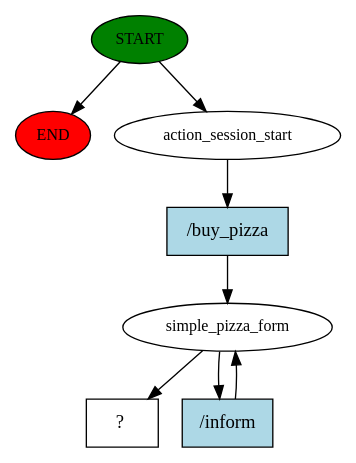
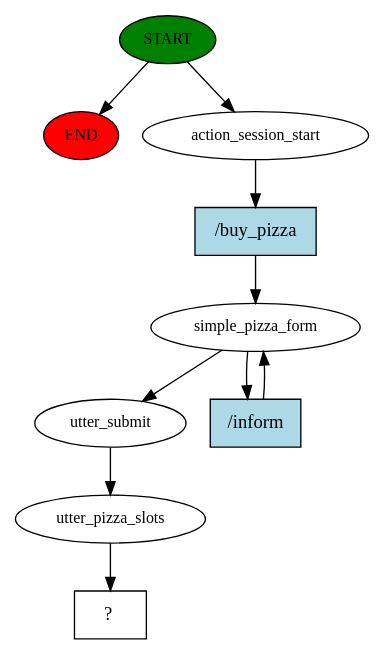
The diagram in story_graph.dot (pawel22222/project-test), drawn with Graphviz before and after one commit. The commit also changed 2 other files, not shown here.

Commit message:
fix: form pizza - uncommented action_endpoint in endpoints.yml update: .gitignore

```diff
--- a/story_graph.dot
+++ b/story_graph.dot
@@ -1,16 +1,20 @@
 digraph  {
 0 [class="start active", fillcolor=green, fontsize=12, label=START, style=filled];
 "-1" [class=end, fillcolor=red, fontsize=12, label=END, style=filled];
 1 [class=active, fontsize=12, label=action_session_start];
 2 [class=active, fontsize=12, label=simple_pizza_form];
-6 [class="intent dashed active", label="  ?  ", shape=rect];
-7 [class="intent active", fillcolor=lightblue, label="/buy_pizza", shape=rect, style=filled];
-8 [class="intent active", fillcolor=lightblue, label="/inform", shape=rect, style=filled];
+5 [class=active, fontsize=12, label=utter_submit];
+6 [class=active, fontsize=12, label=utter_pizza_slots];
+7 [class="intent dashed active", label="  ?  ", shape=rect];
+8 [class="intent active", fillcolor=lightblue, label="/buy_pizza", shape=rect, style=filled];
+9 [class="intent active", fillcolor=lightblue, label="/inform", shape=rect, style=filled];
 0 -> "-1"  [class="", key=NONE, label=""];
 0 -> 1  [class=active, key=NONE, label=""];
-1 -> 7  [class=active, key=0];
-2 -> 6  [class=active, key=NONE, label=""];
-2 -> 8  [class=active, key=0];
-7 -> 2  [class=active, key=0];
+1 -> 8  [class=active, key=0];
+2 -> 5  [class=active, key=NONE, label=""];
+2 -> 9  [class=active, key=0];
+5 -> 6  [class=active, key=NONE, label=""];
+6 -> 7  [class=active, key=NONE, label=""];
 8 -> 2  [class=active, key=0];
+9 -> 2  [class=active, key=0];
 }
```
